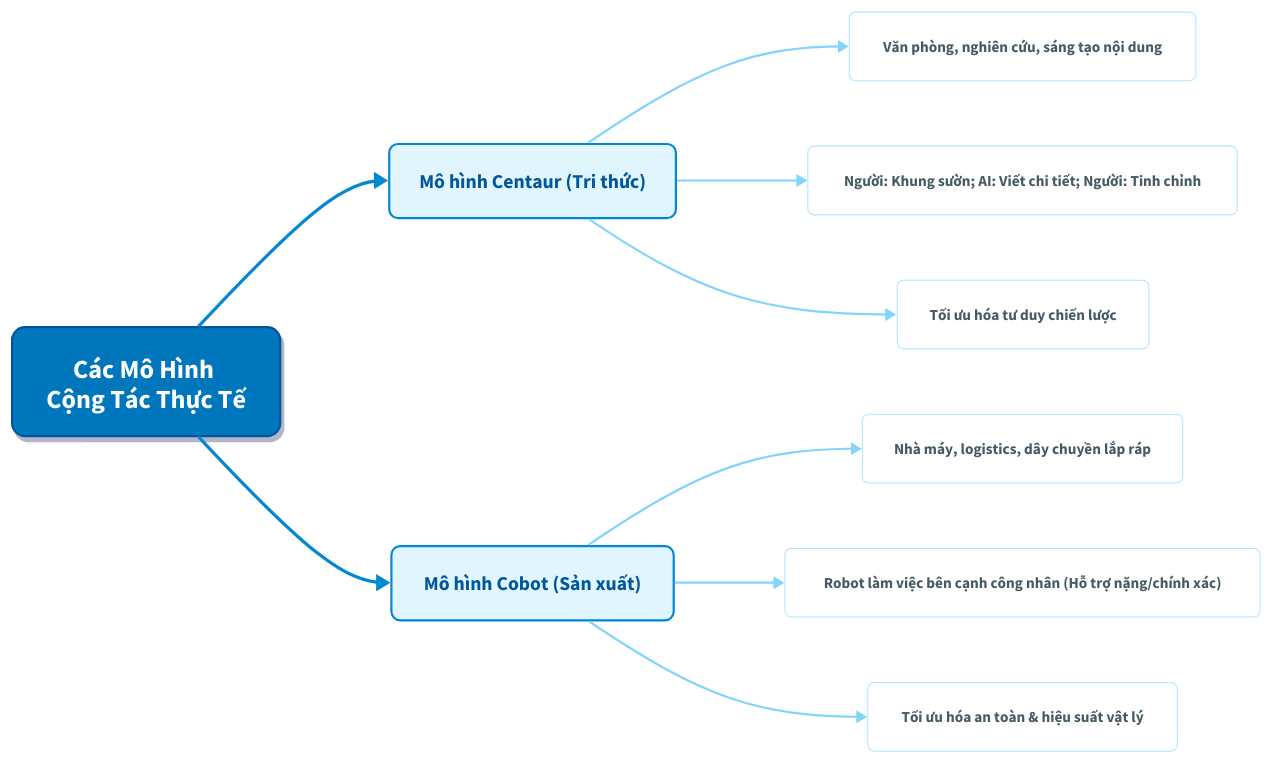
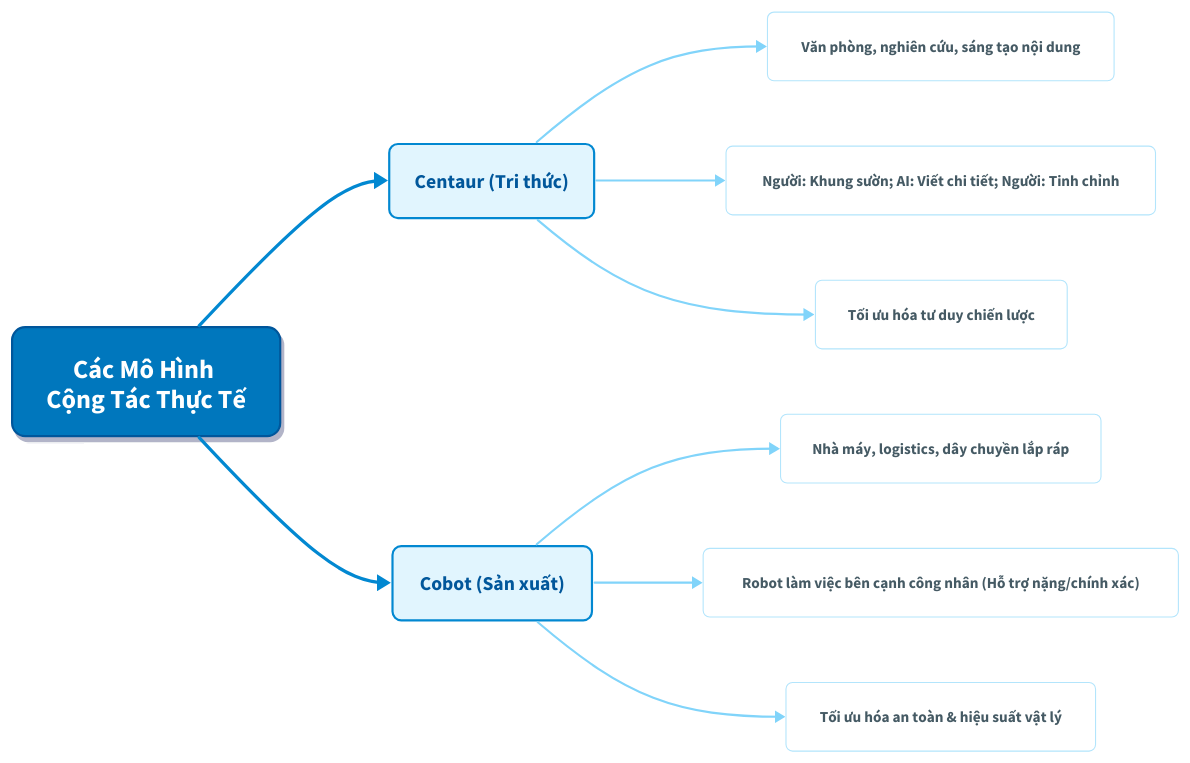
Before and after one commit to sam-uit/typst-report-template: the diagram in content/diagrams/cacmohinhcongtac.d2, drawn with D2.

```diff
--- a/content/diagrams/cacmohinhcongtac.d2
+++ b/content/diagrams/cacmohinhcongtac.d2
@@ -1,78 +1,78 @@
 direction: right
 
 # ------------------------------
 # STYLING CLASSES (Humanist & Clean Blue/White)
 # ------------------------------
 classes: {
   root_node: {
     style: {
       fill: "#0277bd"
       stroke: "#01579b"
       font-color: "#ffffff"
       stroke-width: 2
       border-radius: 12
       shadow: true
       font-size: 24
     }
   }
 
   category_node: {
     style: {
       fill: "#e1f5fe"
       stroke: "#0288d1"
       font-color: "#01579b"
       stroke-width: 2
       border-radius: 8
       font-size: 18
     }
   }
 
   leaf_node: {
     style: {
       fill: "#ffffff"
       stroke: "#b3e5fc"
       font-color: "#455a64"
       stroke-width: 1
       border-radius: 6
       font-size: 14
       stroke-dash: 0
     }
   }
 }
 
 # ------------------------------
 # NODES & CONTENT
 # ------------------------------
 
 # Root
 Root: Các Mô Hình \n Cộng Tác Thực Tế {class: root_node}
 
 # Branch 1: Centaur
-Centaur: Mô hình Centaur (Tri thức) {class: category_node}
+Centaur: Centaur (Tri thức) {class: category_node}
 
 C_Env: "Văn phòng, nghiên cứu, sáng tạo nội dung" {class: leaf_node}
 C_Collab: "Người: Khung sườn; AI: Viết chi tiết; Người: Tinh chỉnh" {class: leaf_node}
 C_Value: "Tối ưu hóa tư duy chiến lược" {class: leaf_node}
 
 # Branch 2: Cobot
-Cobot: Mô hình Cobot (Sản xuất) {class: category_node}
+Cobot: Cobot (Sản xuất) {class: category_node}
 
 Co_Env: "Nhà máy, logistics, dây chuyền lắp ráp" {class: leaf_node}
 Co_Collab: "Robot làm việc bên cạnh công nhân (Hỗ trợ nặng/chính xác)" {class: leaf_node}
 Co_Value: "Tối ưu hóa an toàn & hiệu suất vật lý" {class: leaf_node}
 
 # ------------------------------
 # CONNECTIONS (Curved for Mindmap feel)
 # ------------------------------
 Root -> Centaur: {style: {stroke: "#0288d1"; stroke-width: 3}}
 Root -> Cobot: {style: {stroke: "#0288d1"; stroke-width: 3}}
 
 # Connections for Centaur
 Centaur -> C_Env: {style: {stroke: "#81d4fa"; stroke-width: 2}}
 Centaur -> C_Collab: {style: {stroke: "#81d4fa"; stroke-width: 2}}
 Centaur -> C_Value: {style: {stroke: "#81d4fa"; stroke-width: 2}}
 
 # Connections for Cobot
 Cobot -> Co_Env: {style: {stroke: "#81d4fa"; stroke-width: 2}}
 Cobot -> Co_Collab: {style: {stroke: "#81d4fa"; stroke-width: 2}}
 Cobot -> Co_Value: {style: {stroke: "#81d4fa"; stroke-width: 2}}
```
